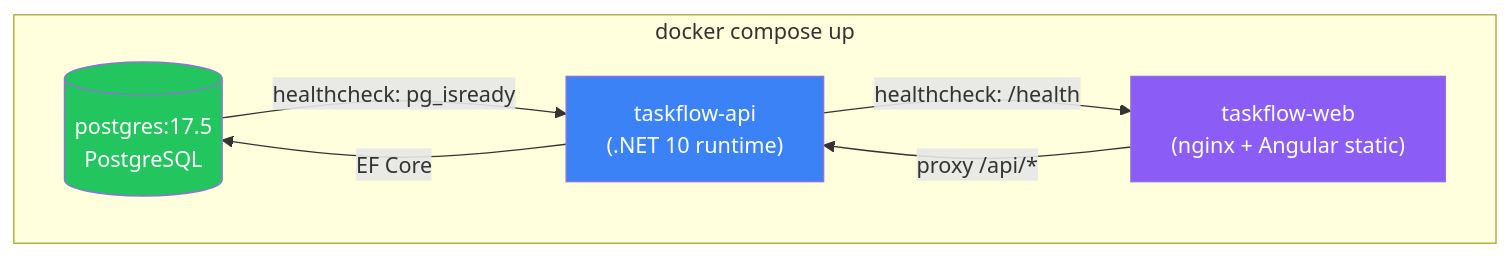
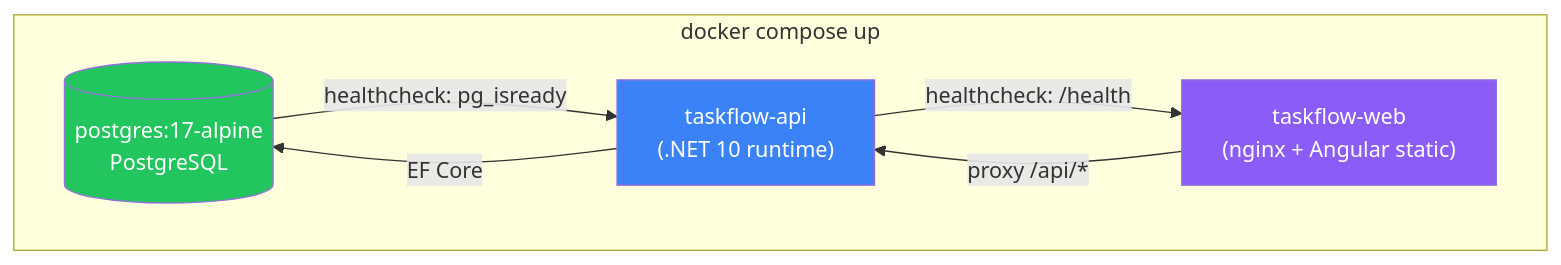
The third of 4 diagrams in docs/architecture/tech-stack.md (virgenherrera/Ballast-Lane-code_challenge), drawn with Mermaid before and after one commit. The commit also changed other lines of this file and 55 other files, not shown here.

````diff
--- a/docs/architecture/tech-stack.md
+++ b/docs/architecture/tech-stack.md
@@ -212,19 +212,19 @@
 ```mermaid
 %% Docker Compose service topology
 flowchart TD
     subgraph compose["docker compose up"]
-        PG[("postgres:17.5\nPostgreSQL")]
+        PG[("postgres:17-alpine\nPostgreSQL")]
         API["taskflow-api\n(.NET 10 runtime)"]
         WEB["taskflow-web\n(nginx + Angular static)"]
     end
 
     WEB -->|"proxy /api/*"| API
     API -->|"EF Core"| PG
 
     PG -->|"healthcheck: pg_isready"| API
     API -->|"healthcheck: /health"| WEB
 
     style PG fill:#22c55e,color:#fff
     style API fill:#3b82f6,color:#fff
     style WEB fill:#8b5cf6,color:#fff
 ```
````
